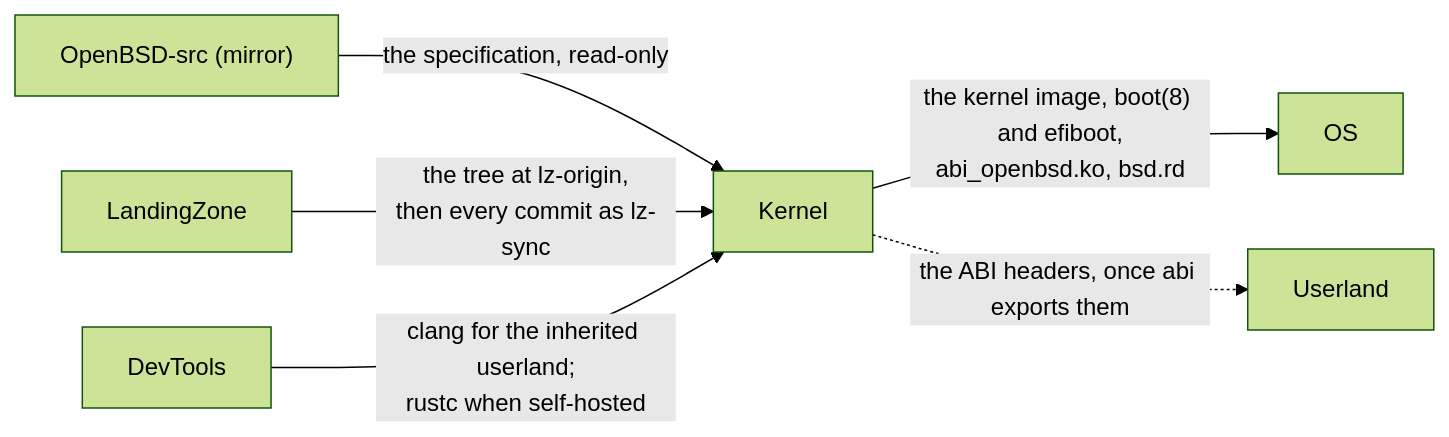
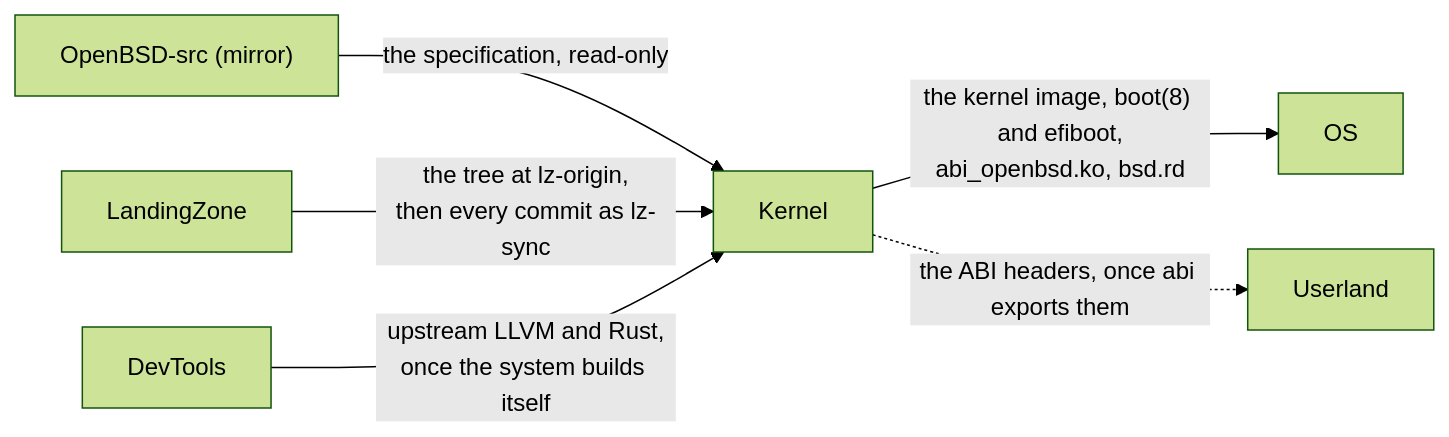
Before and after one commit to EmiBSD/Kernel: the first of 2 diagrams in README.md, drawn with Mermaid (forest theme).

Commit message:
docs: DevTools' arrow follows Governance G-0015
DevTools brings upstream LLVM and Rust, nothing of OpenBSD; the clang that
builds the inherited userland for the smokes stays this repository's just comp.

````diff
--- a/README.md
+++ b/README.md
@@ -56,8 +56,8 @@
 ```mermaid
 flowchart LR
     obsd["OpenBSD-src (mirror)"] -- "the specification, read-only" --> k["Kernel"]
     lz["LandingZone"] -- "the tree at lz-origin,<br/>then every commit as lz-sync" --> k
-    dev["DevTools"] -- "clang for the inherited userland;<br/>rustc when self-hosted" --> k
+    dev["DevTools"] -- "upstream LLVM and Rust,<br/>once the system builds itself" --> k
     k -- "the kernel image, boot(8) and efiboot,<br/>abi_openbsd.ko, bsd.rd" --> os["OS"]
     k -. "the ABI headers, once abi exports them" .-> ul["Userland"]
 ```
````
